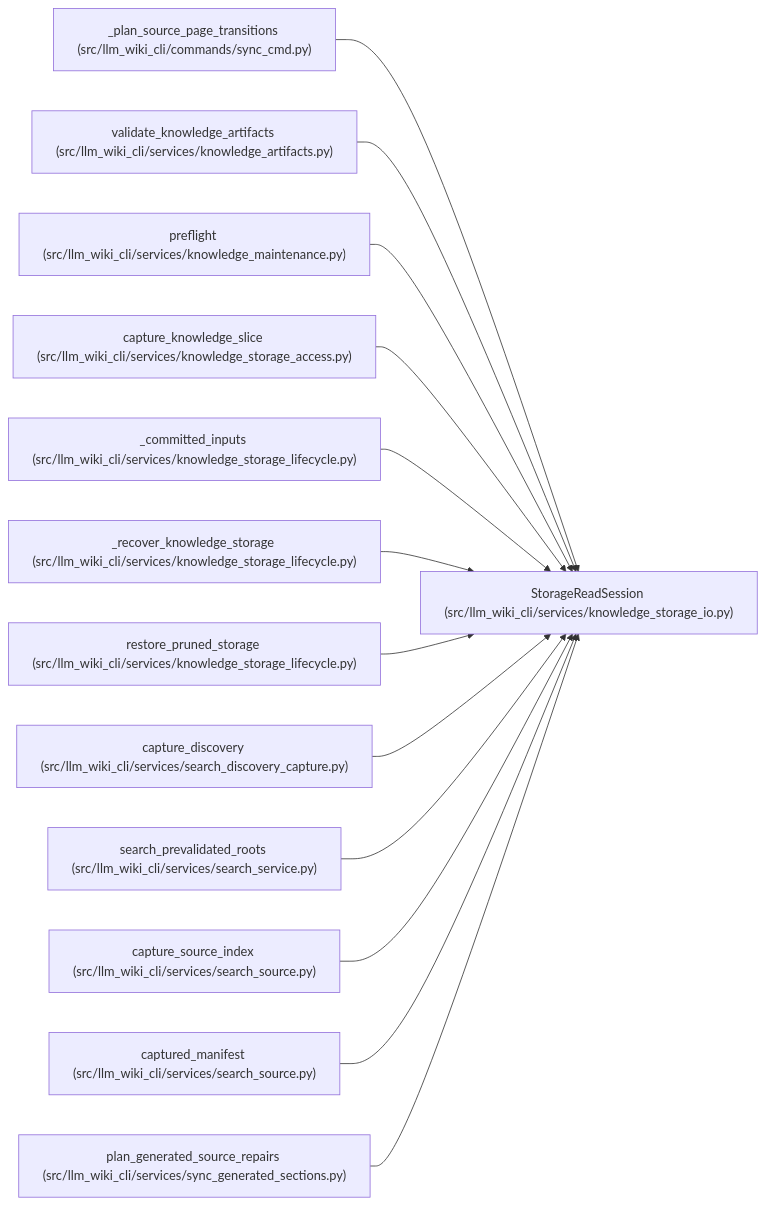
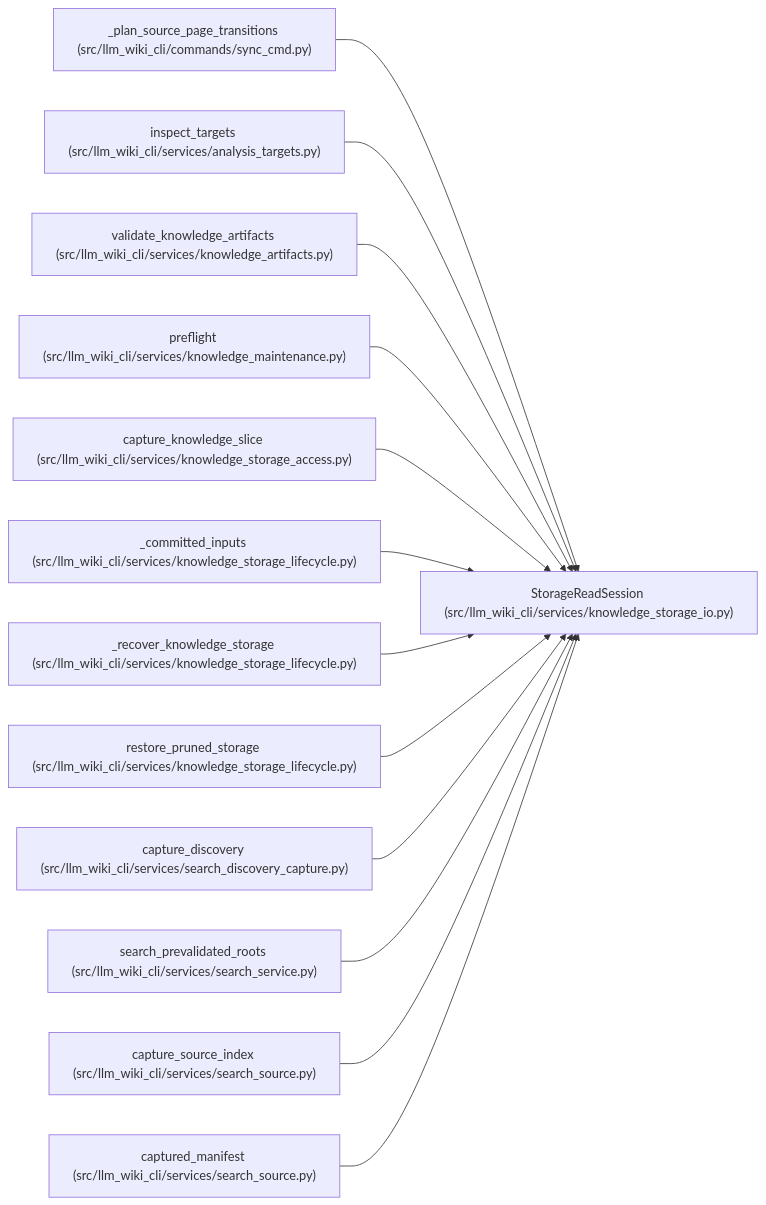
Before and after one commit to Denissvgn/python-wiki-llm: the diagram in docs/llm_wiki/entities/StorageReadSession.md, drawn with Mermaid. The commit also changed other lines of this file and 386 other files, not shown here.

````diff
--- a/docs/llm_wiki/entities/StorageReadSession.md
+++ b/docs/llm_wiki/entities/StorageReadSession.md
@@ -34,41 +34,41 @@
 ```mermaid
 flowchart LR
     n0["StorageReadSession (src/llm_wiki_cli/services/knowledge_storage_io.py)"]
     n1["_plan_source_page_transitions (src/llm_wiki_cli/commands/sync_cmd.py)"]
-    n2["validate_knowledge_artifacts (src/llm_wiki_cli/services/knowledge_artifacts.py)"]
-    n3["preflight (src/llm_wiki_cli/services/knowledge_maintenance.py)"]
-    n4["capture_knowledge_slice (src/llm_wiki_cli/services/knowledge_storage_access.py)"]
-    n5["_committed_inputs (src/llm_wiki_cli/services/knowledge_storage_lifecycle.py)"]
-    n6["_recover_knowledge_storage (src/llm_wiki_cli/services/knowledge_storage_lifecycle.py)"]
-    n7["restore_pruned_storage (src/llm_wiki_cli/services/knowledge_storage_lifecycle.py)"]
-    n8["capture_discovery (src/llm_wiki_cli/services/search_discovery_capture.py)"]
-    n9["search_prevalidated_roots (src/llm_wiki_cli/services/search_service.py)"]
-    n10["capture_source_index (src/llm_wiki_cli/services/search_source.py)"]
-    n11["captured_manifest (src/llm_wiki_cli/services/search_source.py)"]
-    n12["plan_generated_source_repairs (src/llm_wiki_cli/services/sync_generated_sections.py)"]
+    n2["inspect_targets (src/llm_wiki_cli/services/analysis_targets.py)"]
+    n3["validate_knowledge_artifacts (src/llm_wiki_cli/services/knowledge_artifacts.py)"]
+    n4["preflight (src/llm_wiki_cli/services/knowledge_maintenance.py)"]
+    n5["capture_knowledge_slice (src/llm_wiki_cli/services/knowledge_storage_access.py)"]
+    n6["_committed_inputs (src/llm_wiki_cli/services/knowledge_storage_lifecycle.py)"]
+    n7["_recover_knowledge_storage (src/llm_wiki_cli/services/knowledge_storage_lifecycle.py)"]
+    n8["restore_pruned_storage (src/llm_wiki_cli/services/knowledge_storage_lifecycle.py)"]
+    n9["capture_discovery (src/llm_wiki_cli/services/search_discovery_capture.py)"]
+    n10["search_prevalidated_roots (src/llm_wiki_cli/services/search_service.py)"]
+    n11["capture_source_index (src/llm_wiki_cli/services/search_source.py)"]
+    n12["captured_manifest (src/llm_wiki_cli/services/search_source.py)"]
     n1 --> n0
     n2 --> n0
     n3 --> n0
     n4 --> n0
     n5 --> n0
     n6 --> n0
     n7 --> n0
     n8 --> n0
     n9 --> n0
     n10 --> n0
     n11 --> n0
     n12 --> n0
     click n0 "../modules/knowledge_storage_io.md"
     click n1 "../modules/sync_cmd.md"
-    click n2 "../modules/knowledge_artifacts.md"
-    click n3 "../modules/knowledge_maintenance.md"
-    click n4 "../modules/knowledge_storage_access.md"
-    click n5 "../modules/knowledge_storage_lifecycle.md"
+    click n2 "../modules/analysis_targets.md"
+    click n3 "../modules/knowledge_artifacts.md"
+    click n4 "../modules/knowledge_maintenance.md"
+    click n5 "../modules/knowledge_storage_access.md"
     click n6 "../modules/knowledge_storage_lifecycle.md"
     click n7 "../modules/knowledge_storage_lifecycle.md"
-    click n8 "../modules/search_discovery_capture.md"
-    click n9 "../modules/search_service.md"
-    click n10 "../modules/search_source.md"
+    click n8 "../modules/knowledge_storage_lifecycle.md"
+    click n9 "../modules/search_discovery_capture.md"
+    click n10 "../modules/search_service.md"
     click n11 "../modules/search_source.md"
-    click n12 "../modules/sync_generated_sections.md"
+    click n12 "../modules/search_source.md"
 ```
````
